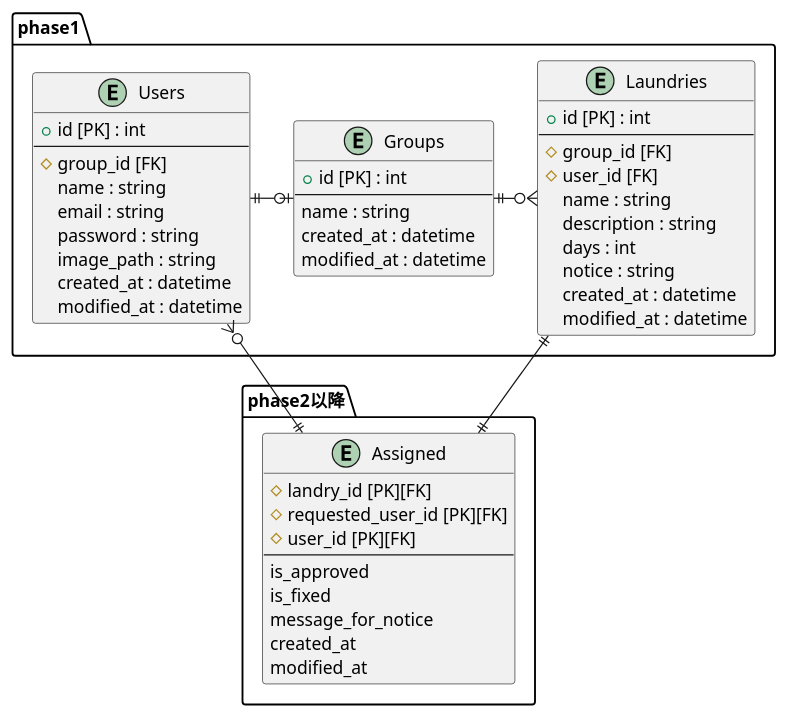
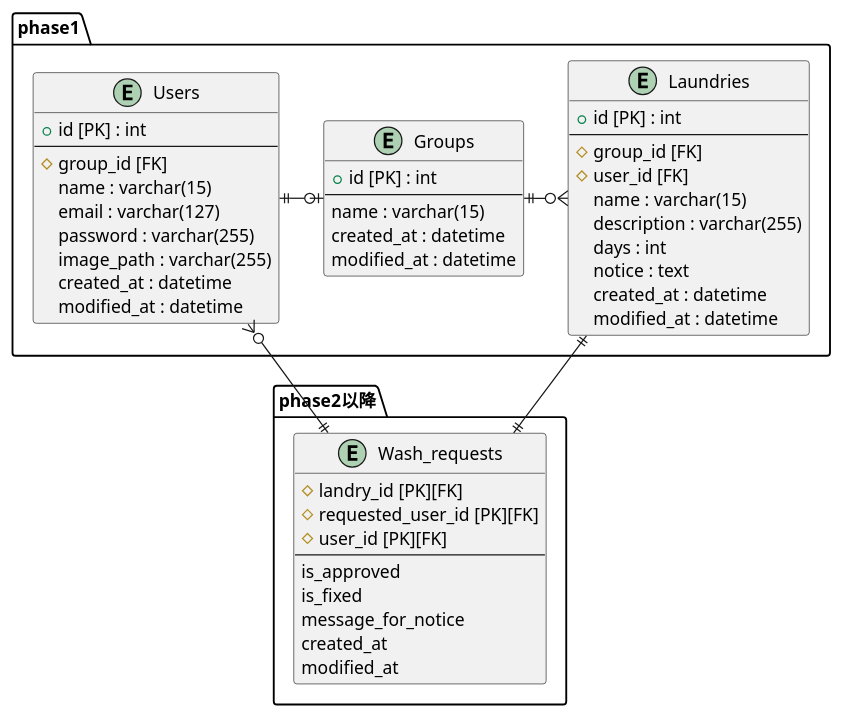
The diagram in docs/ER図.puml (mixa393/mohumohu), drawn with PlantUML before and after one commit.

Commit message:
Fix: stringをvarcharとtextに変更

```diff
--- a/docs/ER図.puml
+++ b/docs/ER図.puml
@@ -1,58 +1,58 @@
 @startuml
 
 package phase1 as phase1{
     entity Users{
     + id [PK] : int
     --
     # group_id [FK]
-    name : string
-    email : string
-    password : string
-    image_path : string
+    name : varchar(15)
+    email : varchar(127)
+    password : varchar(255)
+    image_path : varchar(255)
     created_at : datetime
     modified_at : datetime
     }
 
     entity Groups
     {
     + id [PK] : int
     --
-    name : string
+    name : varchar(15)
     created_at : datetime
     modified_at : datetime
     }
 
     entity Laundries{
     + id [PK] : int
     --
     # group_id [FK]
     # user_id [FK]
-    name : string
-    description : string
+    name : varchar(15)
+    description : varchar(255)
     days : int
-    notice : string
+    notice : text
     created_at : datetime
     modified_at : datetime
     }
 }
 
 package  phase2以降 as phase2{
-    entity Assigned{
+    entity Wash_requests{
     # landry_id [PK][FK]
     # requested_user_id [PK][FK]
     # user_id [PK][FK]
     --
     is_approved
     is_fixed
     message_for_notice
     created_at
     modified_at
     }
 }
 Users ||-o| Groups
 Groups ||-o{ Laundries
-Laundries ||-|| Assigned
-Users }o--|| Assigned
+Laundries ||-|| Wash_requests
+Users }o--|| Wash_requests
 
 
 @enduml
```
